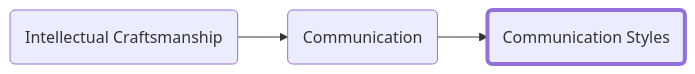
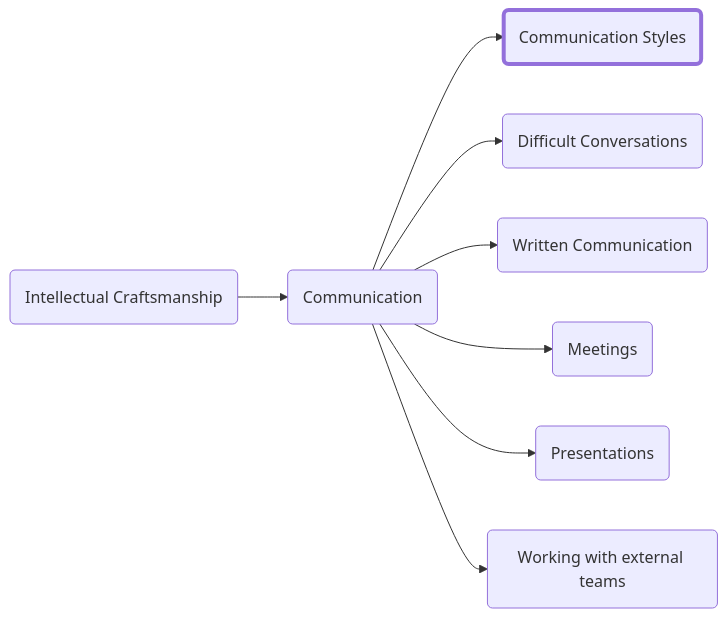
The diagram in _posts/2023-01-05-communicationstyles.md (forrestpitz/forrestpitz.github.io), drawn with Mermaid before and after one commit. The commit also changed other lines of this file and 20 other files, not shown here.

````diff
--- a/_posts/2023-01-05-communicationstyles.md
+++ b/_posts/2023-01-05-communicationstyles.md
@@ -11,9 +170,20 @@
 ```mermaid
 graph LR;
-  A(Intellectual Craftsmanship)-->B(Communication)-->C(Communication Styles)
+  A(Intellectual Craftsmanship)-->B(Communication)
+  B(Communication)-->C(Communication Styles)
+  B-->D(Difficult Conversations)
+  B-->E(Written Communication)
+  B-->F(Meetings)
+  B-->G(Presentations)
+  B-->H(Working with external teams)
 
   style C stroke-width:4px
 
   click A "{% post_url 2023-01-05-intro %}"
   click B "{% post_url 2023-01-05-communication %}"
+  click D "{% post_url 2023-01-05-difficultconversations %}"
+  click E "{% post_url 2023-01-05-writtencommunication %}"
+  click F "{% post_url 2023-01-05-meetings %}"
+  click G "{% post_url 2023-01-05-presentations %}"
+  click H "{% post_url 2023-01-05-externalteams %}"
 ```
````
